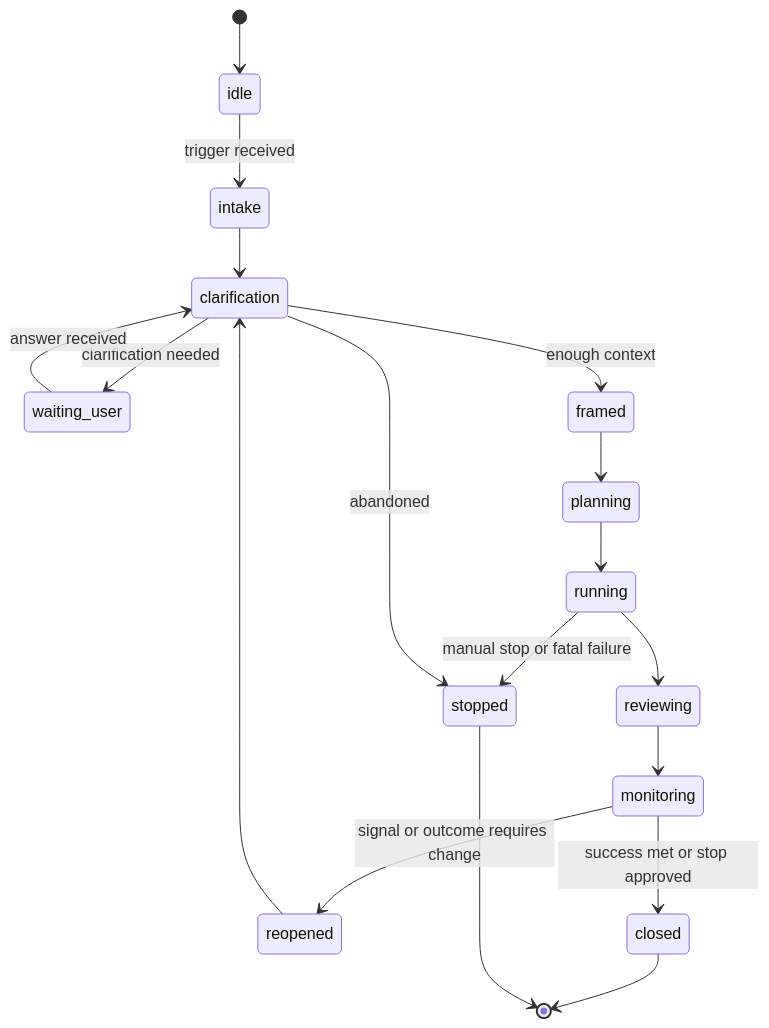
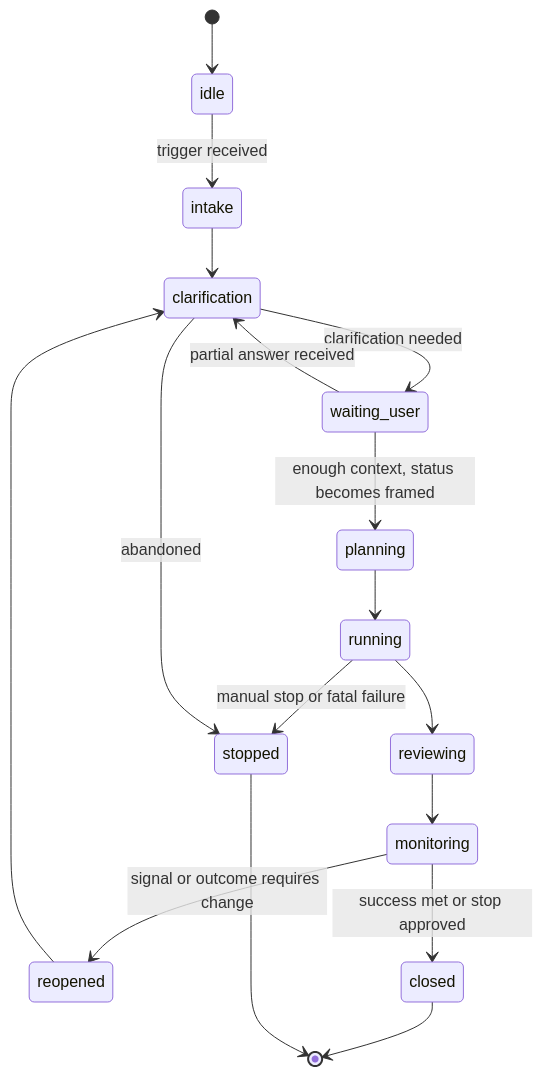
The diagram in docs/runtime-session-model.md (popcoondev/ai-organization-framework), drawn with Mermaid before and after one commit. The commit also changed other lines of this file and 5 other files, not shown here.

````diff
--- a/docs/runtime-session-model.md
+++ b/docs/runtime-session-model.md
@@ -61,20 +61,19 @@
 ```mermaid
 stateDiagram-v2
     [*] --> idle
     idle --> intake: trigger received
     intake --> clarification
     clarification --> waiting_user: clarification needed
-    waiting_user --> clarification: answer received
-    clarification --> framed: enough context
-    framed --> planning
+    waiting_user --> clarification: partial answer received
+    waiting_user --> planning: enough context, status becomes framed
     planning --> running
     running --> reviewing
     reviewing --> monitoring
     monitoring --> reopened: signal or outcome requires change
     reopened --> clarification
     monitoring --> closed: success met or stop approved
     running --> stopped: manual stop or fatal failure
     clarification --> stopped: abandoned
     closed --> [*]
     stopped --> [*]
 ```
````
